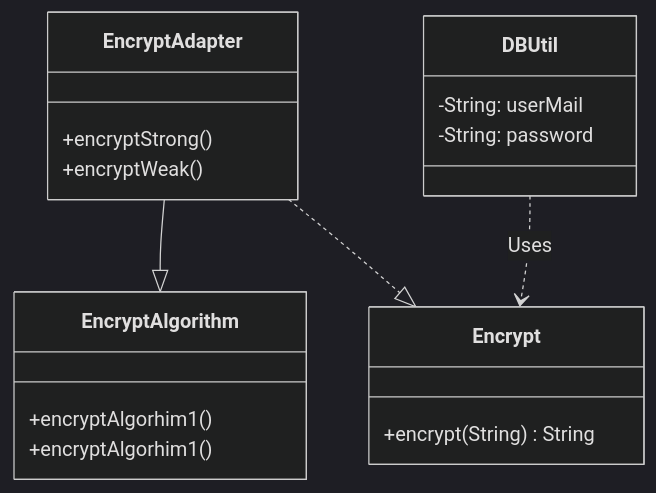
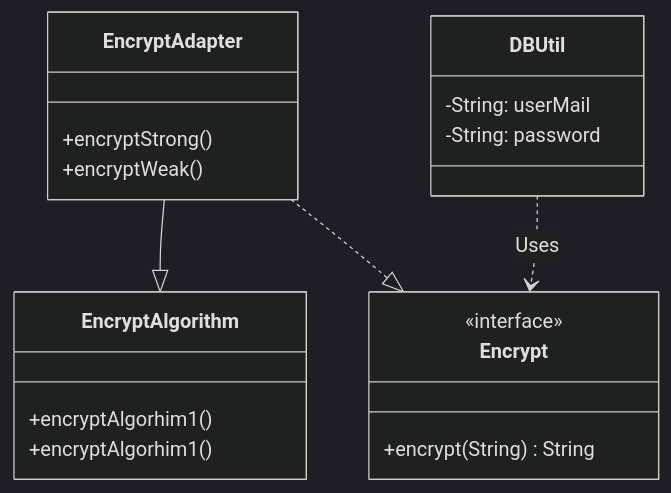
Before and after one commit to zltyrzshy/designModeLab: the second of 4 diagrams in src/main/java/org/shan/lab2/resources/DesignMode_Lab2.md, drawn with Mermaid (dark theme). The commit also changed other lines of this file and 4 other files, not shown here.

````diff
--- a/src/main/java/org/shan/lab2/resources/DesignMode_Lab2.md
+++ b/src/main/java/org/shan/lab2/resources/DesignMode_Lab2.md
@@ -60,25 +60,26 @@
 ```mermaid
 classDiagram
 EncryptAdapter --|> EncryptAlgorithm
 EncryptAdapter ..|> Encrypt
 DBUtil ..> Encrypt :Uses
 
 class DBUtil{
 -String: userMail
 -String: password
 }
 
 class EncryptAlgorithm{
 +encryptAlgorhim1()
 +encryptAlgorhim1()
 }
 
 class Encrypt{
+<<interface>>
 +encrypt(String) String
 }
 
 class EncryptAdapter{
 +encryptStrong()
 +encryptWeak()
 }
 ```
````
